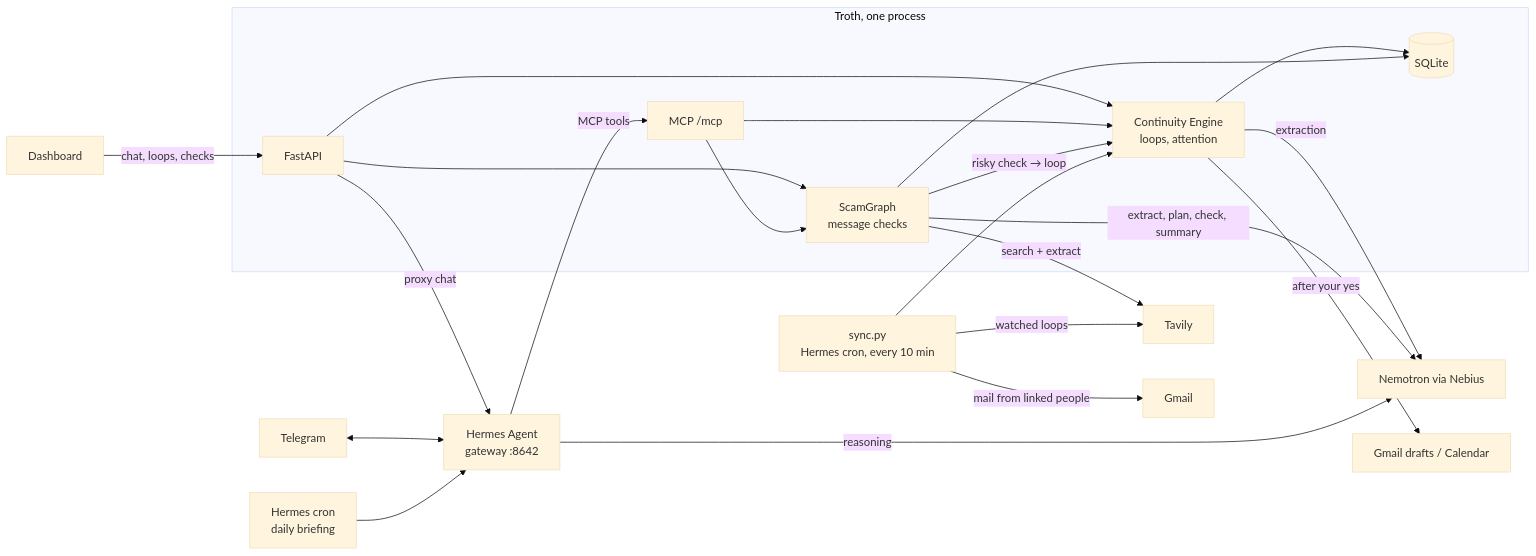
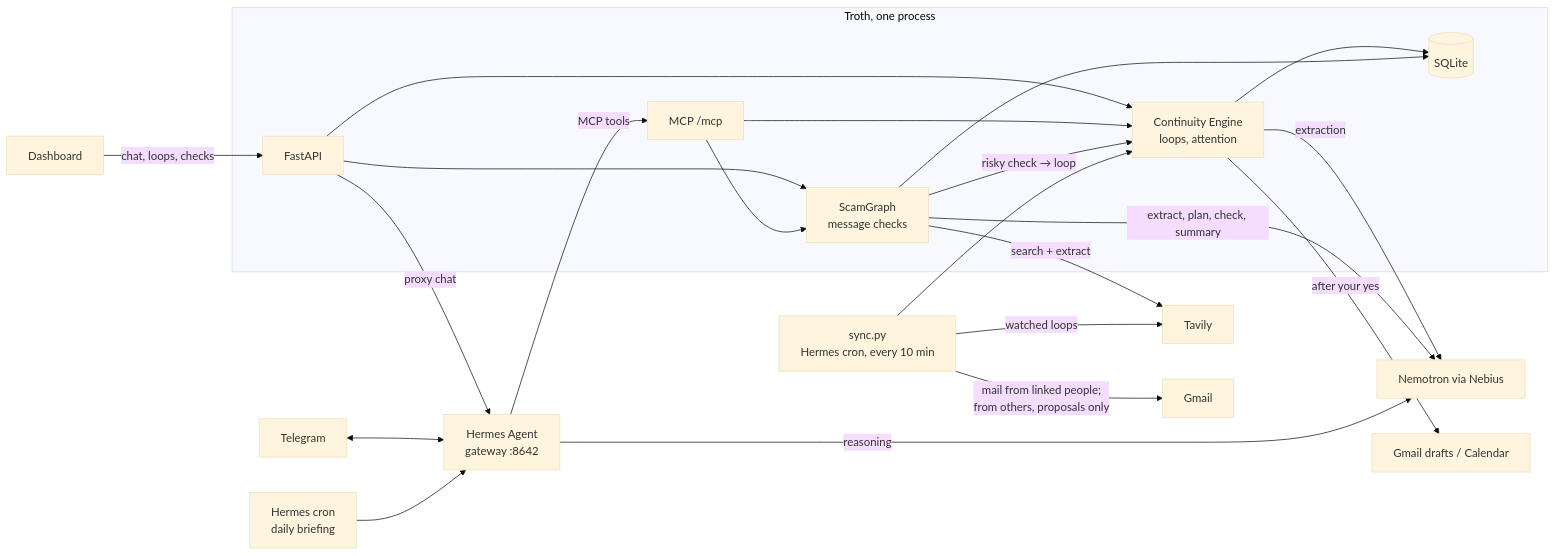
Before and after one commit to ADAMAMZAR/rickrolled_nebiusxtavily: the diagram in README.md, drawn with Mermaid (base theme). The commit also changed other lines of this file and 42 other files, not shown here.

````diff
--- a/README.md
+++ b/README.md
@@ -100,30 +100,30 @@
 ```mermaid
 flowchart LR
     subgraph C[Troth, one process]
         API[FastAPI]
         MCP[MCP /mcp]
         E[Continuity Engine<br/>loops, attention]
         I[ScamGraph<br/>message checks]
         DB[(SQLite)]
         API --> E
         API --> I
         MCP --> E
         MCP --> I
         I -->|risky check → loop| E
         E --> DB
         I --> DB
     end
     UI[Dashboard] -->|chat, loops, checks| API
     TG[Telegram] <--> H
     CRON[Hermes cron<br/>daily briefing] --> H
     API -->|proxy chat| H[Hermes Agent<br/>gateway :8642]
     H -->|reasoning| N[Nemotron via Nebius]
     H -->|MCP tools| MCP
     E -->|extraction| N
     I -->|extract, plan, check, summary| N
     I -->|search + extract| T[Tavily]
     SYNC[sync.py<br/>Hermes cron, every 10 min] --> E
-    SYNC -->|mail from linked people| GM[Gmail]
+    SYNC -->|mail from linked people;<br/>from others, proposals only| GM[Gmail]
     SYNC -->|watched loops| T
     E -->|after your yes| GA[Gmail drafts / Calendar]
 ```
````
